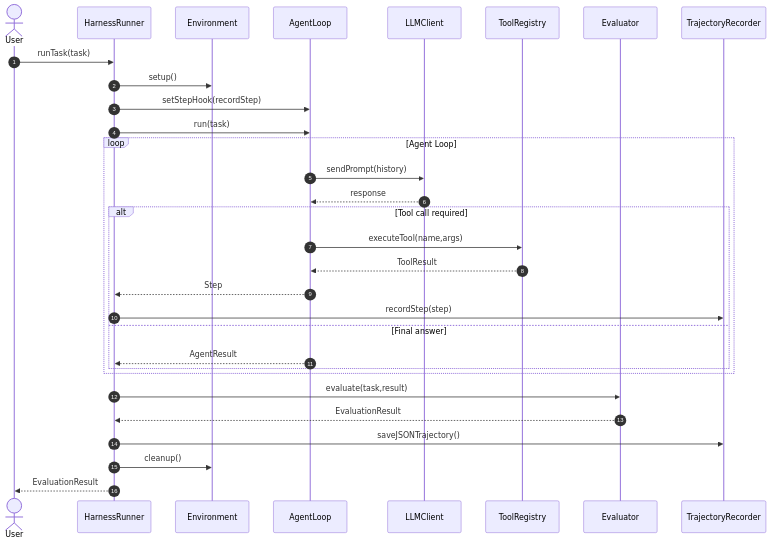
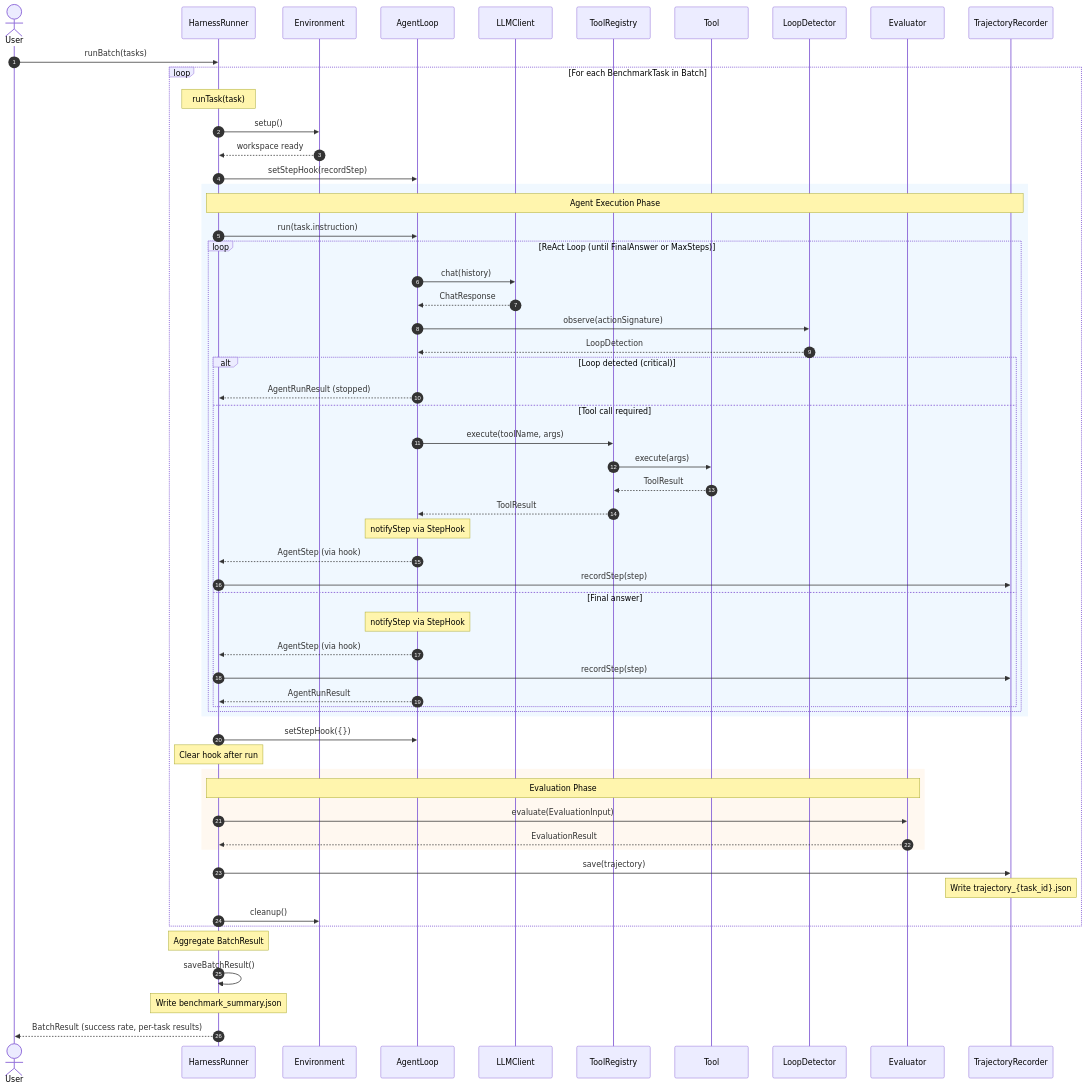
Before and after one commit to Phuoc-IT-2106/OOP---Project: the diagram in docs/sequence-harness-run.mmd, drawn with Mermaid. The commit also changed 25 other files, not shown here.

Commit message:
fix: resolve benchmark UTF8 encoding issue and improve JSON parser

```diff
--- a/docs/sequence-harness-run.mmd
+++ b/docs/sequence-harness-run.mmd
@@ -1,42 +1,77 @@
 sequenceDiagram
     autonumber
 
     actor User
     participant HarnessRunner
     participant Environment
     participant AgentLoop
     participant LLMClient
     participant ToolRegistry
+    participant Tool
+    participant LoopDetector
     participant Evaluator
     participant TrajectoryRecorder
 
-    User->>HarnessRunner: runTask(task)
+    User->>HarnessRunner: runBatch(tasks)
 
-    HarnessRunner->>Environment: setup()
+    loop For each BenchmarkTask in Batch
+        Note over HarnessRunner: runTask(task)
 
-    HarnessRunner->>AgentLoop: setStepHook(recordStep)
+        HarnessRunner->>Environment: setup()
+        Environment-->>HarnessRunner: workspace ready
 
-    HarnessRunner->>AgentLoop: run(task)
+        HarnessRunner->>AgentLoop: setStepHook(recordStep)
 
-    loop Agent Loop
-        AgentLoop->>LLMClient: sendPrompt(history)
-        LLMClient-->>AgentLoop: response
+        rect rgb(240, 248, 255)
+            Note over HarnessRunner,TrajectoryRecorder: Agent Execution Phase
 
-        alt Tool call required
-            AgentLoop->>ToolRegistry: executeTool(name,args)
-            ToolRegistry-->>AgentLoop: ToolResult
-            AgentLoop-->>HarnessRunner: Step
-            HarnessRunner->>TrajectoryRecorder: recordStep(step)
-        else Final answer
-            AgentLoop-->>HarnessRunner: AgentResult
+            HarnessRunner->>AgentLoop: run(task.instruction)
+
+            loop ReAct Loop (until FinalAnswer or MaxSteps)
+                AgentLoop->>LLMClient: chat(history)
+                LLMClient-->>AgentLoop: ChatResponse
+
+                AgentLoop->>LoopDetector: observe(actionSignature)
+                LoopDetector-->>AgentLoop: LoopDetection
+
+                alt Loop detected (critical)
+                    AgentLoop-->>HarnessRunner: AgentRunResult (stopped)
+                else Tool call required
+                    AgentLoop->>ToolRegistry: execute(toolName, args)
+                    ToolRegistry->>Tool: execute(args)
+                    Tool-->>ToolRegistry: ToolResult
+                    ToolRegistry-->>AgentLoop: ToolResult
+
+                    Note over AgentLoop: notifyStep via StepHook
+                    AgentLoop-->>HarnessRunner: AgentStep (via hook)
+                    HarnessRunner->>TrajectoryRecorder: recordStep(step)
+                else Final answer
+                    Note over AgentLoop: notifyStep via StepHook
+                    AgentLoop-->>HarnessRunner: AgentStep (via hook)
+                    HarnessRunner->>TrajectoryRecorder: recordStep(step)
+                    AgentLoop-->>HarnessRunner: AgentRunResult
+                end
+            end
         end
+
+        HarnessRunner->>AgentLoop: setStepHook({})
+        Note over HarnessRunner: Clear hook after run
+
+        rect rgb(255, 248, 240)
+            Note over HarnessRunner,Evaluator: Evaluation Phase
+
+            HarnessRunner->>Evaluator: evaluate(EvaluationInput)
+            Evaluator-->>HarnessRunner: EvaluationResult
+        end
+
+        HarnessRunner->>TrajectoryRecorder: save(trajectory)
+        Note over TrajectoryRecorder: Write trajectory_{task_id}.json
+
+        HarnessRunner->>Environment: cleanup()
     end
 
-    HarnessRunner->>Evaluator: evaluate(task,result)
-    Evaluator-->>HarnessRunner: EvaluationResult
+    Note over HarnessRunner: Aggregate BatchResult
+    HarnessRunner->>HarnessRunner: saveBatchResult()
+    Note over HarnessRunner: Write benchmark_summary.json
 
-    HarnessRunner->>TrajectoryRecorder: saveJSONTrajectory()
-
-    HarnessRunner->>Environment: cleanup()
-
-    HarnessRunner-->>User: EvaluationResult
+    HarnessRunner-->>User: BatchResult (success rate, per-task results)
```
